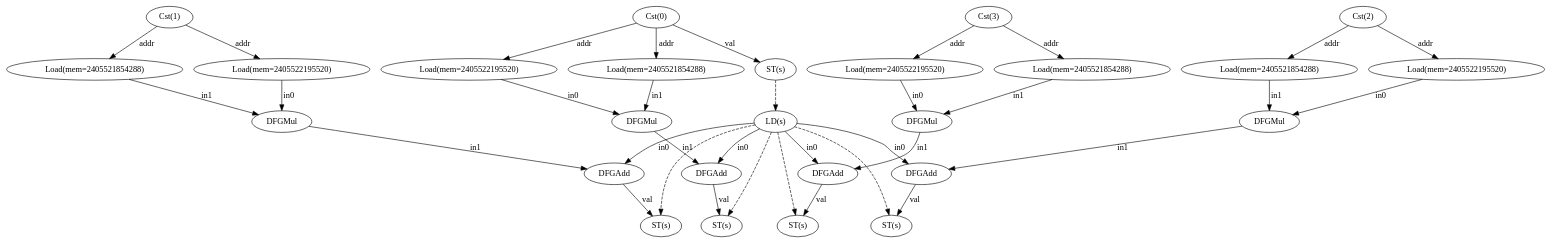
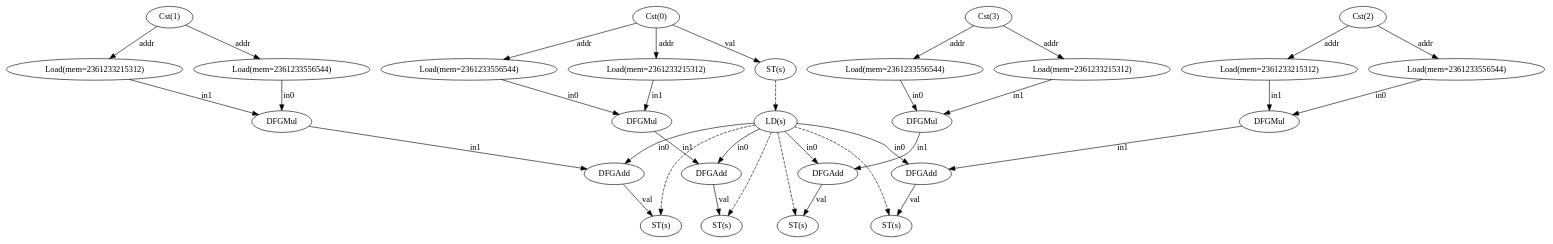
The diagram in test23/dfg.dot (ma-carrillo/High-level-synthesis-assignment), drawn with Graphviz before and after one commit. The commit also changed 15 other files, not shown here.

```diff
--- a/test23/dfg.dot
+++ b/test23/dfg.dot
@@ -1,62 +1,62 @@
 digraph "dfg" {
   n0 [label="Cst(0)"];
   n1 [label="ST(s)"];
   n2 [label="LD(s)"];
-  n3 [label="Load(mem=2405522195520)"];
-  n4 [label="Load(mem=2405521854288)"];
+  n3 [label="Load(mem=2361233556544)"];
+  n4 [label="Load(mem=2361233215312)"];
   n5 [label="DFGMul"];
   n6 [label="DFGAdd"];
   n7 [label="ST(s)"];
   n9 [label="Cst(1)"];
-  n10 [label="Load(mem=2405522195520)"];
-  n11 [label="Load(mem=2405521854288)"];
+  n10 [label="Load(mem=2361233556544)"];
+  n11 [label="Load(mem=2361233215312)"];
   n12 [label="DFGMul"];
   n13 [label="DFGAdd"];
   n14 [label="ST(s)"];
   n16 [label="Cst(2)"];
-  n17 [label="Load(mem=2405522195520)"];
-  n18 [label="Load(mem=2405521854288)"];
+  n17 [label="Load(mem=2361233556544)"];
+  n18 [label="Load(mem=2361233215312)"];
   n19 [label="DFGMul"];
   n20 [label="DFGAdd"];
   n21 [label="ST(s)"];
   n23 [label="Cst(3)"];
-  n24 [label="Load(mem=2405522195520)"];
-  n25 [label="Load(mem=2405521854288)"];
+  n24 [label="Load(mem=2361233556544)"];
+  n25 [label="Load(mem=2361233215312)"];
   n26 [label="DFGMul"];
   n27 [label="DFGAdd"];
   n28 [label="ST(s)"];
   n0 -> n1 [label="val"];
   n0 -> n3 [label="addr"];
   n0 -> n4 [label="addr"];
   n1 -> n2 [style="dashed"];
   n2 -> n6 [label="in0"];
   n2 -> n7 [style="dashed"];
   n2 -> n13 [label="in0"];
   n2 -> n14 [style="dashed"];
   n2 -> n20 [label="in0"];
   n2 -> n21 [style="dashed"];
   n2 -> n27 [label="in0"];
   n2 -> n28 [style="dashed"];
   n3 -> n5 [label="in0"];
   n4 -> n5 [label="in1"];
   n5 -> n6 [label="in1"];
   n6 -> n7 [label="val"];
   n9 -> n10 [label="addr"];
   n9 -> n11 [label="addr"];
   n10 -> n12 [label="in0"];
   n11 -> n12 [label="in1"];
   n12 -> n13 [label="in1"];
   n13 -> n14 [label="val"];
   n16 -> n17 [label="addr"];
   n16 -> n18 [label="addr"];
   n17 -> n19 [label="in0"];
   n18 -> n19 [label="in1"];
   n19 -> n20 [label="in1"];
   n20 -> n21 [label="val"];
   n23 -> n24 [label="addr"];
   n23 -> n25 [label="addr"];
   n24 -> n26 [label="in0"];
   n25 -> n26 [label="in1"];
   n26 -> n27 [label="in1"];
   n27 -> n28 [label="val"];
 }
```
